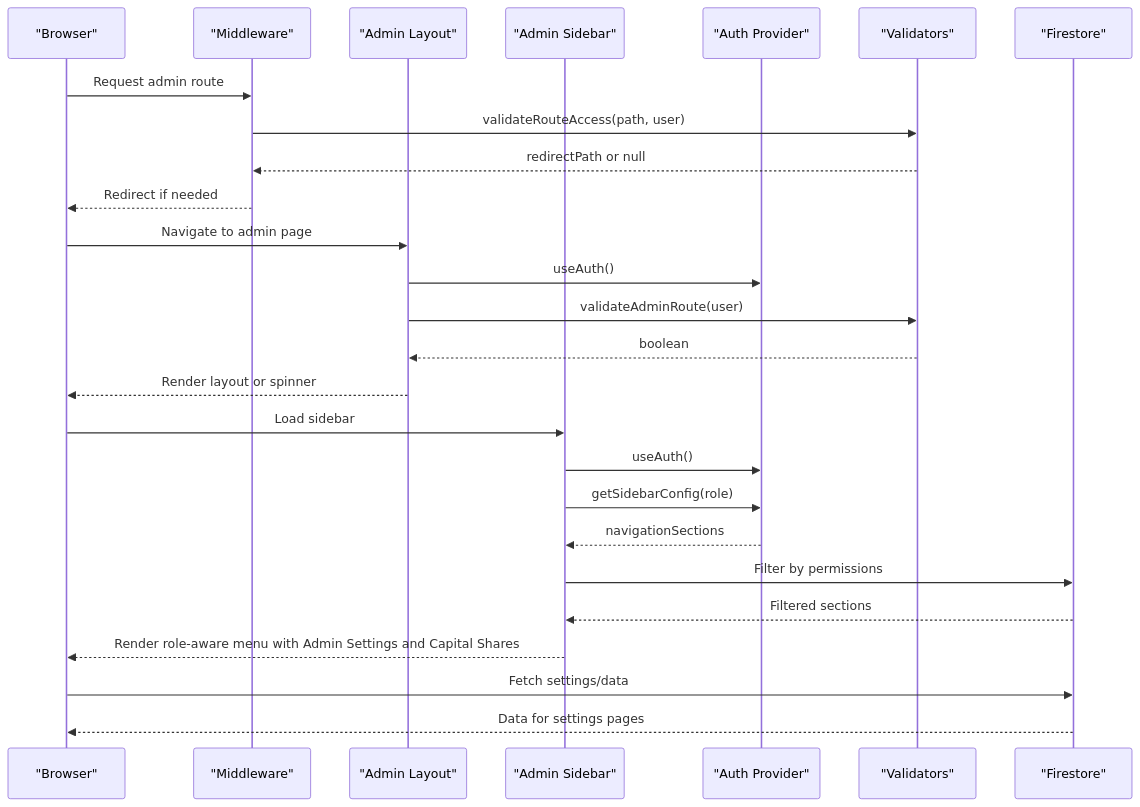
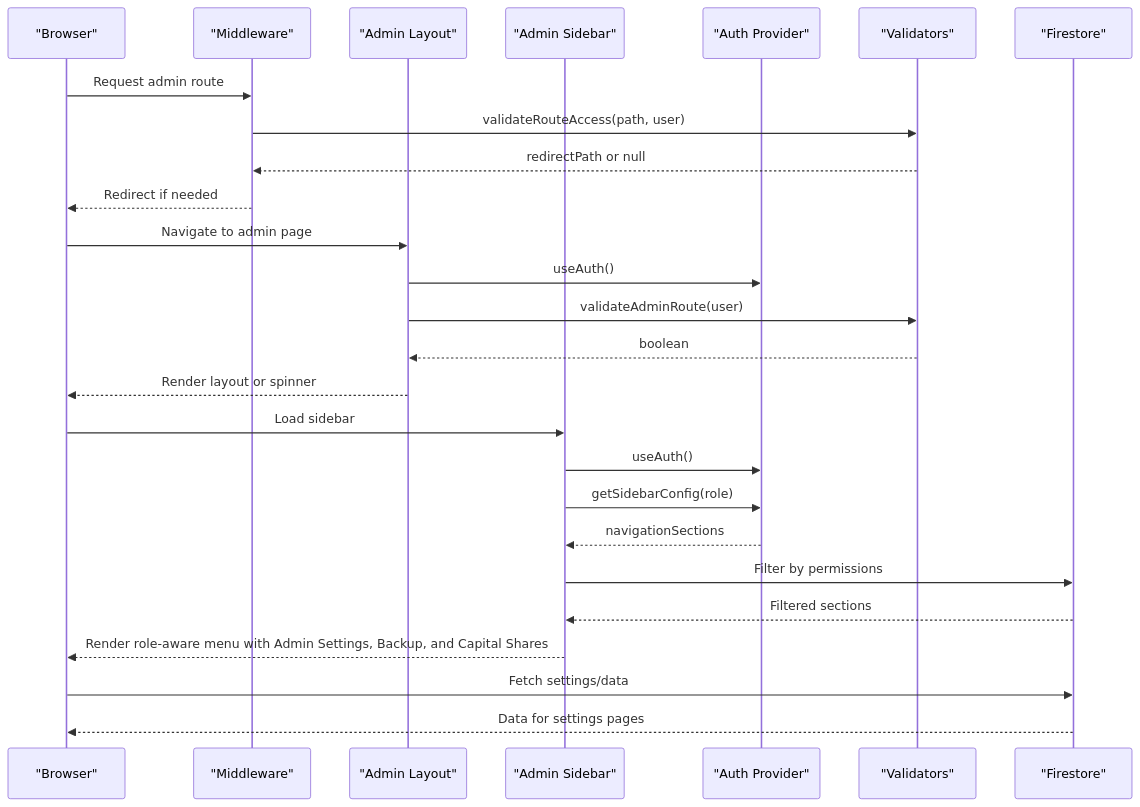
The second of 20 diagrams in .qoder/repowiki/en/content/Project Overview/Core Features & Functionality/Administrative Features/Administrative Features.md (Unsure-bry/sampacoop_system), drawn with Mermaid before and after one commit. The commit also changed other lines of this file and 14 other files, not shown here.

Commit message:
Changes on the Admin and user side, Minimal changes on the amount format, date filter on the reports and analytics, Fix loan plans update to user side, fix capital share., Monthly trends fix.

````diff
--- a/.qoder/repowiki/en/content/Project Overview/Core Features & Functionality/Administrative Features/Administrative Features.md
+++ b/.qoder/repowiki/en/content/Project Overview/Core Features & Functionality/Administrative Features/Administrative Features.md
@@ -199,28 +210,28 @@
 ```mermaid
 sequenceDiagram
 participant Browser as "Browser"
 participant MW as "Middleware"
 participant AL as "Admin Layout"
 participant SB as "Admin Sidebar"
 participant AUTH as "Auth Provider"
 participant VAL as "Validators"
 participant FS as "Firestore"
 Browser->>MW : Request admin route
 MW->>VAL : validateRouteAccess(path, user)
 VAL-->>MW : redirectPath or null
 MW-->>Browser : Redirect if needed
 Browser->>AL : Navigate to admin page
 AL->>AUTH : useAuth()
 AL->>VAL : validateAdminRoute(user)
 VAL-->>AL : boolean
 AL-->>Browser : Render layout or spinner
 Browser->>SB : Load sidebar
 SB->>AUTH : useAuth()
 SB->>AUTH : getSidebarConfig(role)
 AUTH-->>SB : navigationSections
 SB->>FS : Filter by permissions
 FS-->>SB : Filtered sections
-SB-->>Browser : Render role-aware menu with Admin Settings and Capital Shares
+SB-->>Browser : Render role-aware menu with Admin Settings, Backup, and Capital Shares
 Browser->>FS : Fetch settings/data
 FS-->>Browser : Data for settings pages
 ```
````
